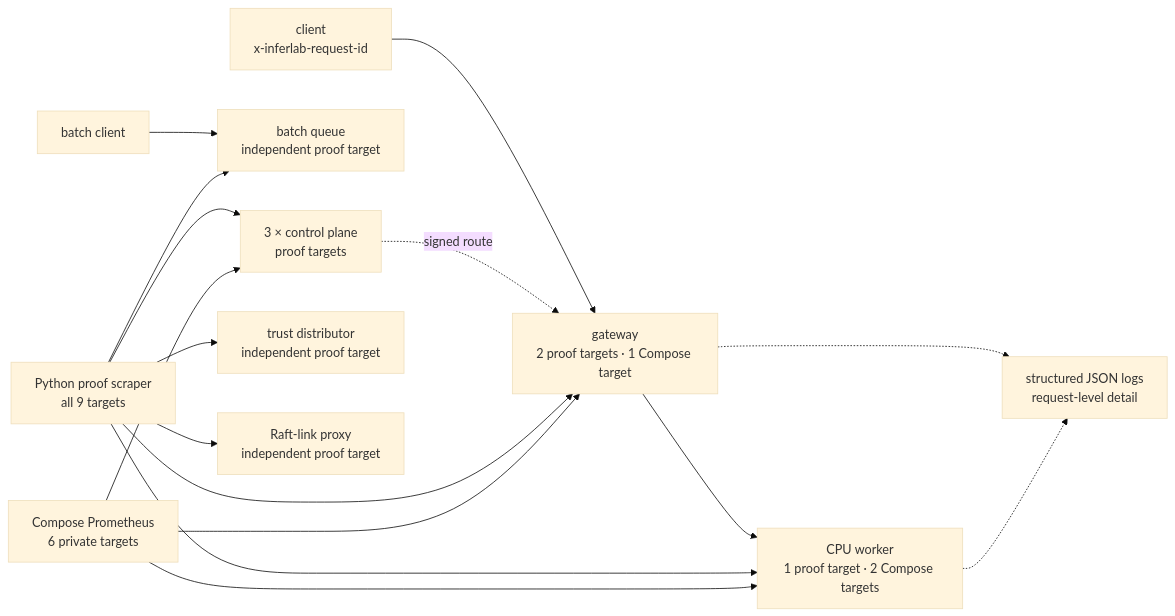
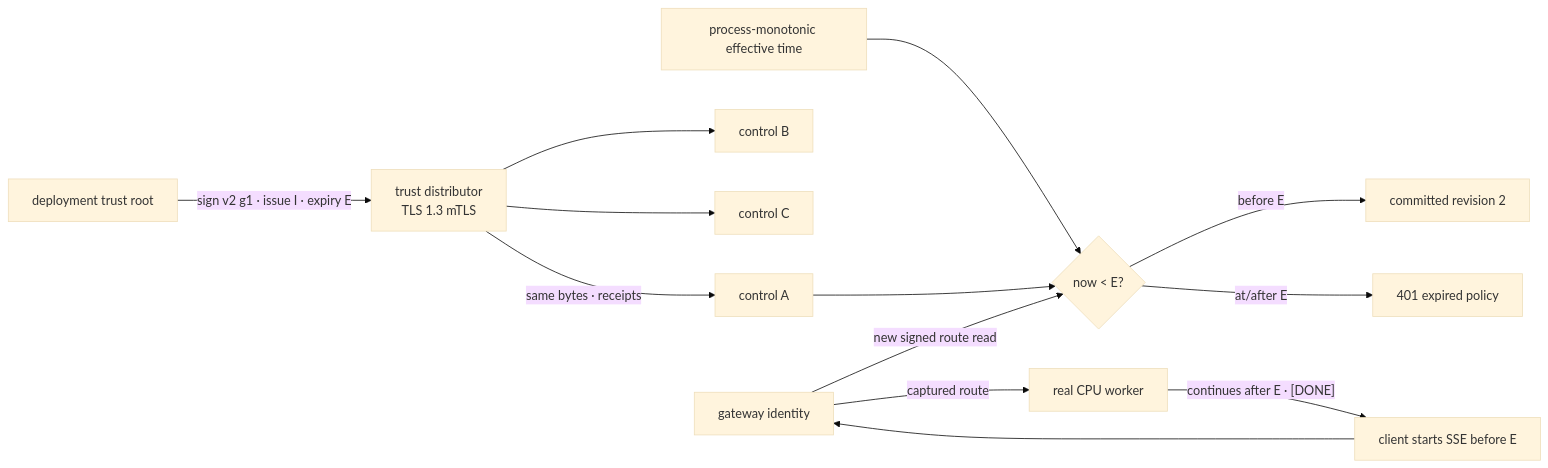
Before and after one commit to conan505/inferLab: the diagram in README.md, drawn with Mermaid (base theme). The commit also changed other lines of this file and 66 other files, not shown here.

Commit message:
v0.27 signed service-trust validity and expiry

````diff
--- a/README.md
+++ b/README.md
@@ -14,20 +14,15 @@
 ```mermaid
 flowchart LR
-    Client["client<br/>x-inferlab-request-id"] --> Gateway["gateway<br/>2 proof targets · 1 Compose target"]
-    Gateway --> Worker["CPU worker<br/>1 proof target · 2 Compose targets"]
-    BatchClient["batch client"] --> Queue["batch queue<br/>independent proof target"]
-    Controls["3 × control plane<br/>proof targets"] -. "signed route" .-> Gateway
-    Trust["trust distributor<br/>independent proof target"]
-    Link["Raft-link proxy<br/>independent proof target"]
-    Proof["Python proof scraper<br/>all 9 targets"] --> Gateway
-    Proof --> Worker
-    Proof --> Queue
-    Proof --> Controls
-    Proof --> Trust
-    Proof --> Link
-    Prom["Compose Prometheus<br/>6 private targets"] --> Gateway
-    Prom --> Worker
-    Prom --> Controls
-    Gateway -.-> Logs["structured JSON logs<br/>request-level detail"]
-    Worker -.-> Logs
+    Root["deployment trust root"] -->|"sign v2 g1 · issue I · expiry E"| Dist["trust distributor<br/>TLS 1.3 mTLS"]
+    Dist -->|"same bytes · receipts"| A["control A"]
+    Dist --> B["control B"]
+    Dist --> C["control C"]
+    Clock["process-monotonic effective time"] --> Gate{"now < E?"}
+    A --> Gate
+    Gateway["gateway identity"] -->|"new signed route read"| Gate
+    Gate -->|"before E"| Config["committed revision 2"]
+    Gate -->|"at/after E"| Reject["401 expired policy"]
+    Client["client starts SSE before E"] --> Gateway
+    Gateway -->|"captured route"| Worker["real CPU worker"]
+    Worker -->|"continues after E · [DONE]"| Client
 ```
````
